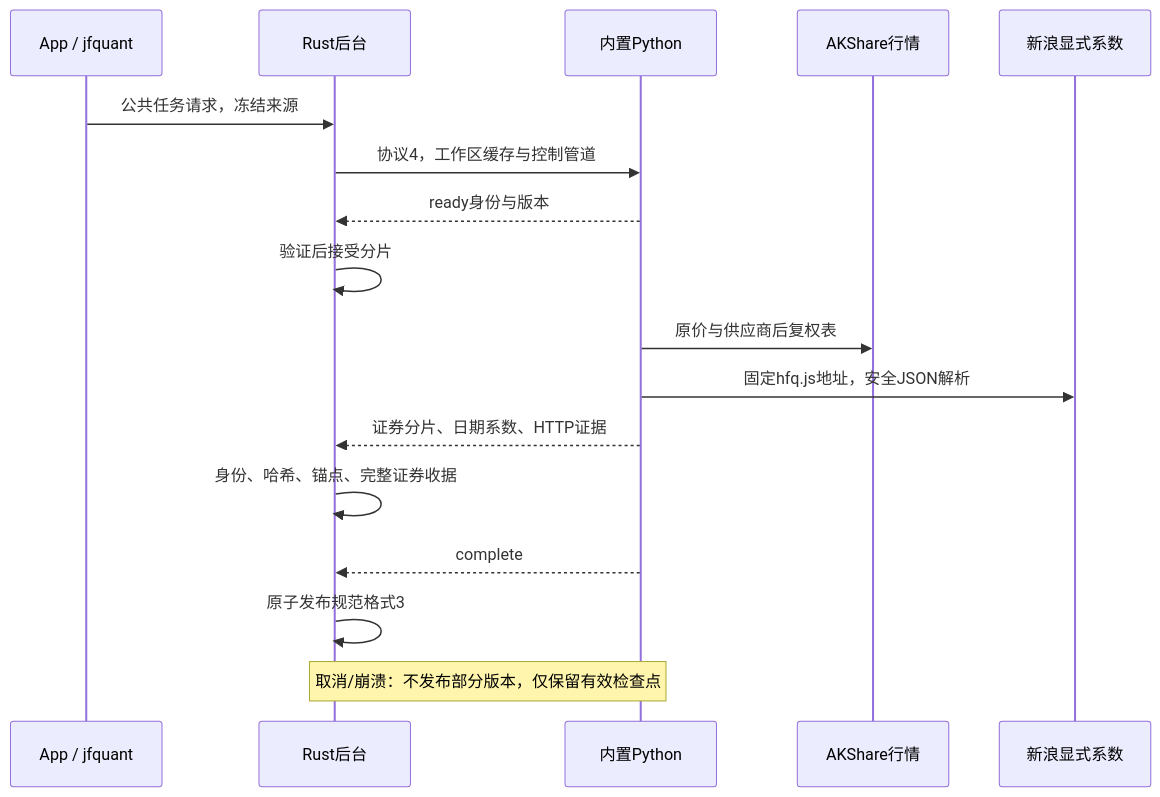
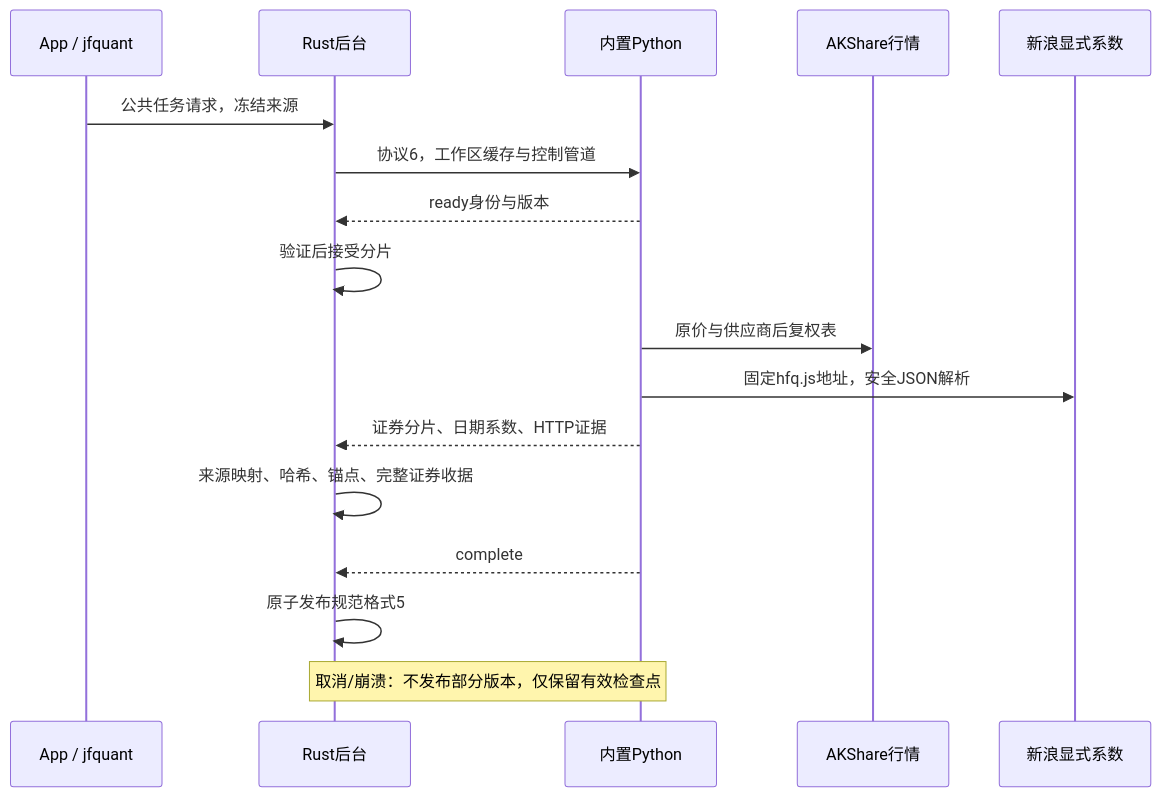
The first of 2 diagrams in crates/storage/collectors/README.md (Dennishaha/JFQuant), drawn with Mermaid before and after one commit. The commit also changed other lines of this file and 71 other files, not shown here.

````diff
--- a/crates/storage/collectors/README.md
+++ b/crates/storage/collectors/README.md
@@ -13,19 +13,19 @@
 ```mermaid
 sequenceDiagram
   participant C as App / jfquant
   participant W as Rust后台
   participant P as 内置Python
   participant A as AKShare行情
   participant S as 新浪显式系数
   C->>W: 公共任务请求，冻结来源
-  W->>P: 协议4，工作区缓存与控制管道
+  W->>P: 协议6，工作区缓存与控制管道
   P-->>W: ready身份与版本
   W->>W: 验证后接受分片
   P->>A: 原价与供应商后复权表
   P->>S: 固定hfq.js地址，安全JSON解析
   P-->>W: 证券分片、日期系数、HTTP证据
-  W->>W: 身份、哈希、锚点、完整证券收据
+  W->>W: 来源映射、哈希、锚点、完整证券收据
   P-->>W: complete
-  W->>W: 原子发布规范格式3
+  W->>W: 原子发布规范格式5
   Note over W,P: 取消/崩溃：不发布部分版本，仅保留有效检查点
 ```
````
